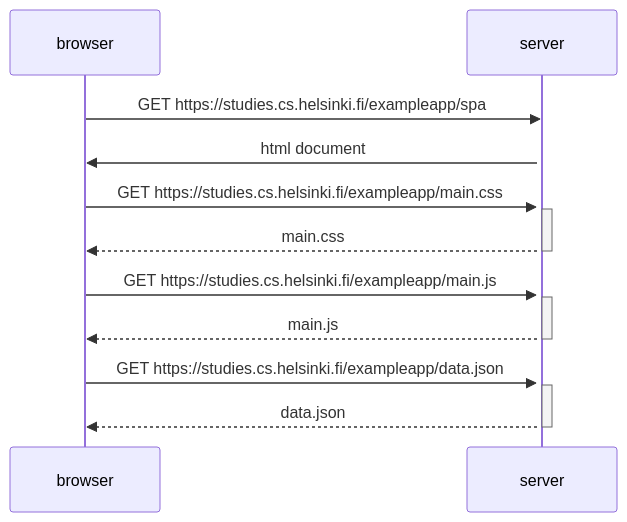
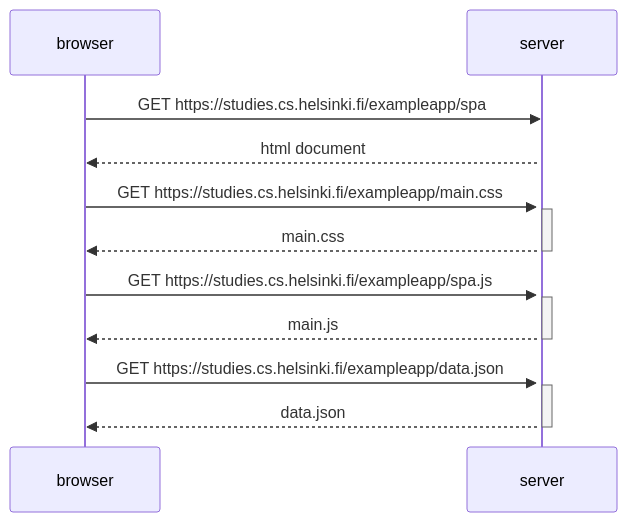
One commit to arvidkullhammar/Fullstack-Open changed the diagram in part0/0.5.md. Above: the diagram before and after it, drawn with Mermaid.

````diff
--- a/part0/0.5.md
+++ b/part0/0.5.md
@@ -1,28 +1,28 @@
 ```mermaid
 sequenceDiagram
     participant browser
     participant server
 
     browser->>server: GET https://studies.cs.helsinki.fi/exampleapp/spa
     activate server
 
-    server->>browser: html document
+    server-->>browser: html document
 
   browser->>server: GET https://studies.cs.helsinki.fi/exampleapp/main.css
     activate server
     server-->>browser: main.css
     deactivate server
 
-    browser->>server: GET https://studies.cs.helsinki.fi/exampleapp/main.js
+    browser->>server: GET https://studies.cs.helsinki.fi/exampleapp/spa.js
     activate server
     server-->>browser: main.js
     deactivate server
 
 
     browser->>server: GET https://studies.cs.helsinki.fi/exampleapp/data.json
     activate server
     server-->>browser: data.json
     deactivate server
 
 
 ```
````
